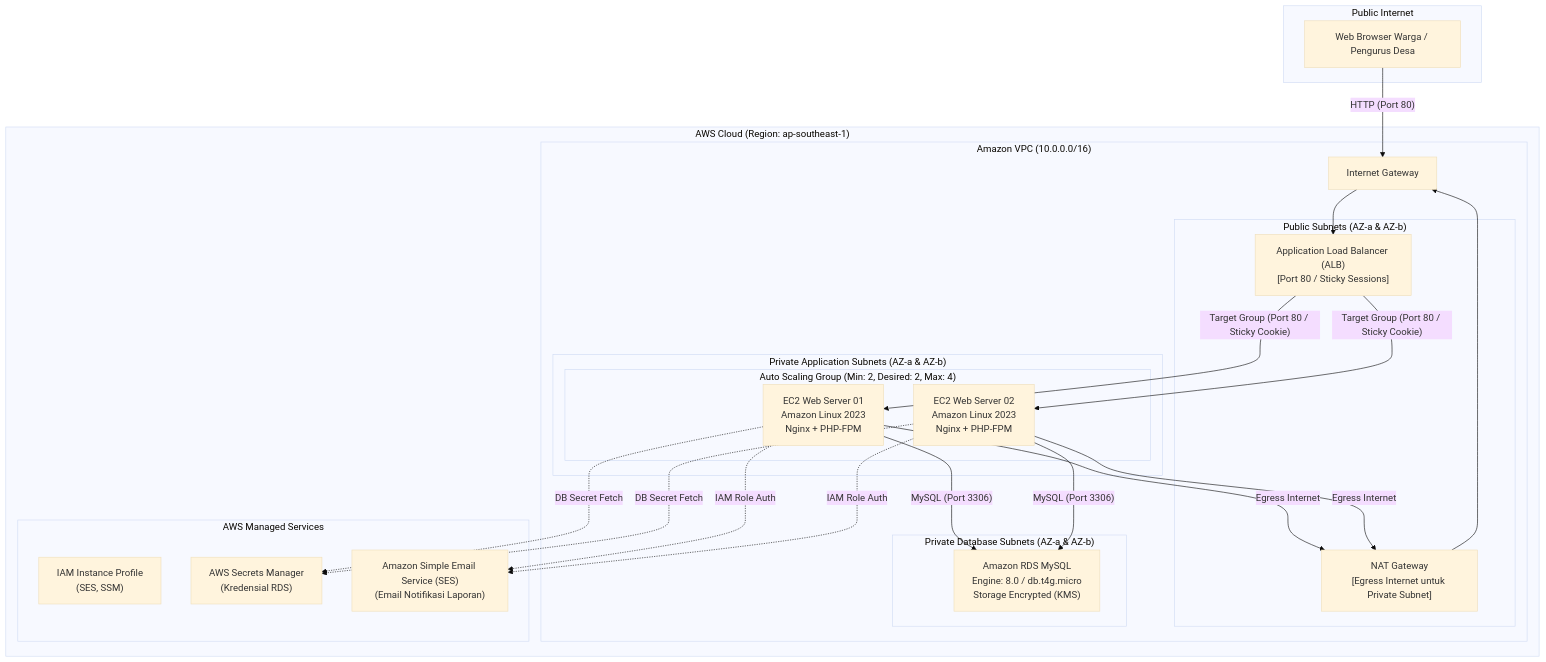
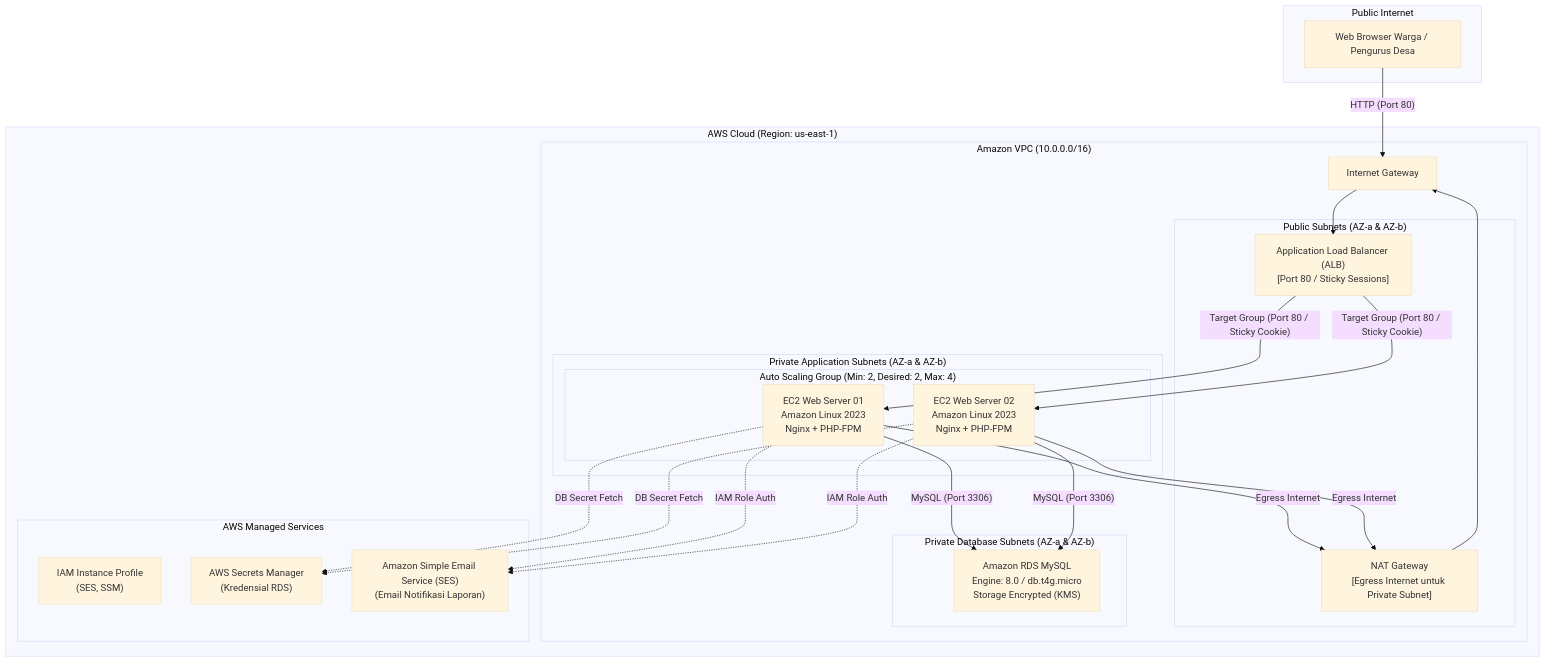
Before and after one commit to fendyramadhani9-cloud/terraform-ansible-automated-lab: the diagram in README.md, drawn with Mermaid (base theme). The commit also changed 9 other files, not shown here.

Commit message:
chore: update AWS region to us-east-1 across Terraform and Ansible

````diff
--- a/README.md
+++ b/README.md
@@ -26,51 +26,51 @@
 ```mermaid
 flowchart TD
     subgraph Internet["Public Internet"]
         Client["Web Browser Warga / Pengurus Desa"]
     end
 
-    subgraph AWS["AWS Cloud (Region: ap-southeast-1)"]
+    subgraph AWS["AWS Cloud (Region: us-east-1)"]
         subgraph VPC["Amazon VPC (10.0.0.0/16)"]
             IGW["Internet Gateway"]
 
             subgraph PublicSubnets["Public Subnets (AZ-a & AZ-b)"]
                 ALB["Application Load Balancer (ALB)\n[Port 80 / Sticky Sessions]"]
                 NATGW["NAT Gateway\n[Egress Internet untuk Private Subnet]"]
             end
 
             subgraph PrivateAppSubnets["Private Application Subnets (AZ-a & AZ-b)"]
                 subgraph ASG["Auto Scaling Group (Min: 2, Desired: 2, Max: 4)"]
                     EC2_A["EC2 Web Server 01\nAmazon Linux 2023\nNginx + PHP-FPM"]
                     EC2_B["EC2 Web Server 02\nAmazon Linux 2023\nNginx + PHP-FPM"]
                 end
             end
 
             subgraph PrivateDBSubnets["Private Database Subnets (AZ-a & AZ-b)"]
                 RDS["Amazon RDS MySQL\nEngine: 8.0 / db.t4g.micro\nStorage Encrypted (KMS)"]
             end
         end
 
         subgraph AWSServices["AWS Managed Services"]
             IAM["IAM Instance Profile\n(SES, SSM)"]
             SEC["AWS Secrets Manager\n(Kredensial RDS)"]
             SES["Amazon Simple Email Service (SES)\n(Email Notifikasi Laporan)"]
         end
     end
 
     Client -->|"HTTP (Port 80)"| IGW
     IGW --> ALB
     ALB -->|"Target Group (Port 80 / Sticky Cookie)"| EC2_A
     ALB -->|"Target Group (Port 80 / Sticky Cookie)"| EC2_B
 
     EC2_A -->|"Egress Internet"| NATGW
     EC2_B -->|"Egress Internet"| NATGW
     NATGW --> IGW
 
     EC2_A -->|"MySQL (Port 3306)"| RDS
     EC2_B -->|"MySQL (Port 3306)"| RDS
 
     EC2_A -.->|"IAM Role Auth"| SES
     EC2_B -.->|"IAM Role Auth"| SES
     EC2_A -.->|"DB Secret Fetch"| SEC
     EC2_B -.->|"DB Secret Fetch"| SEC
 ```
````
